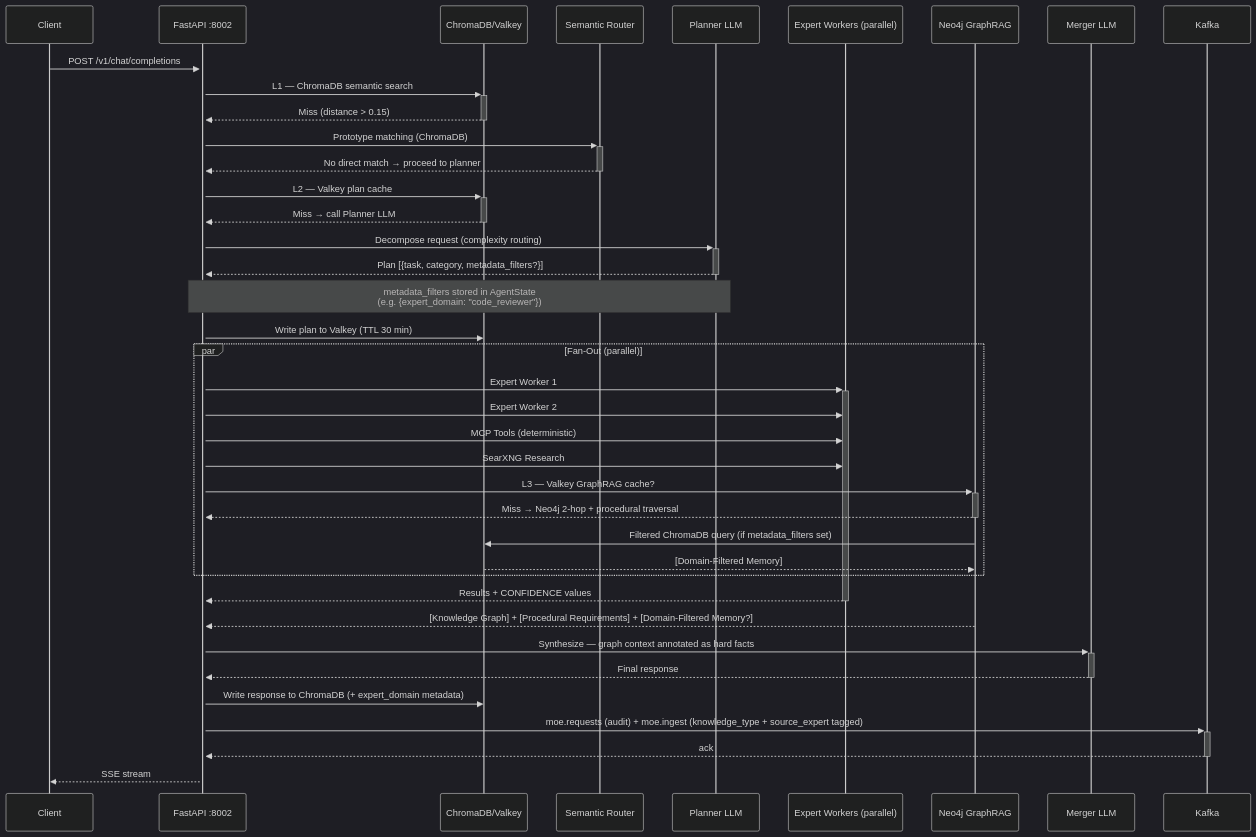
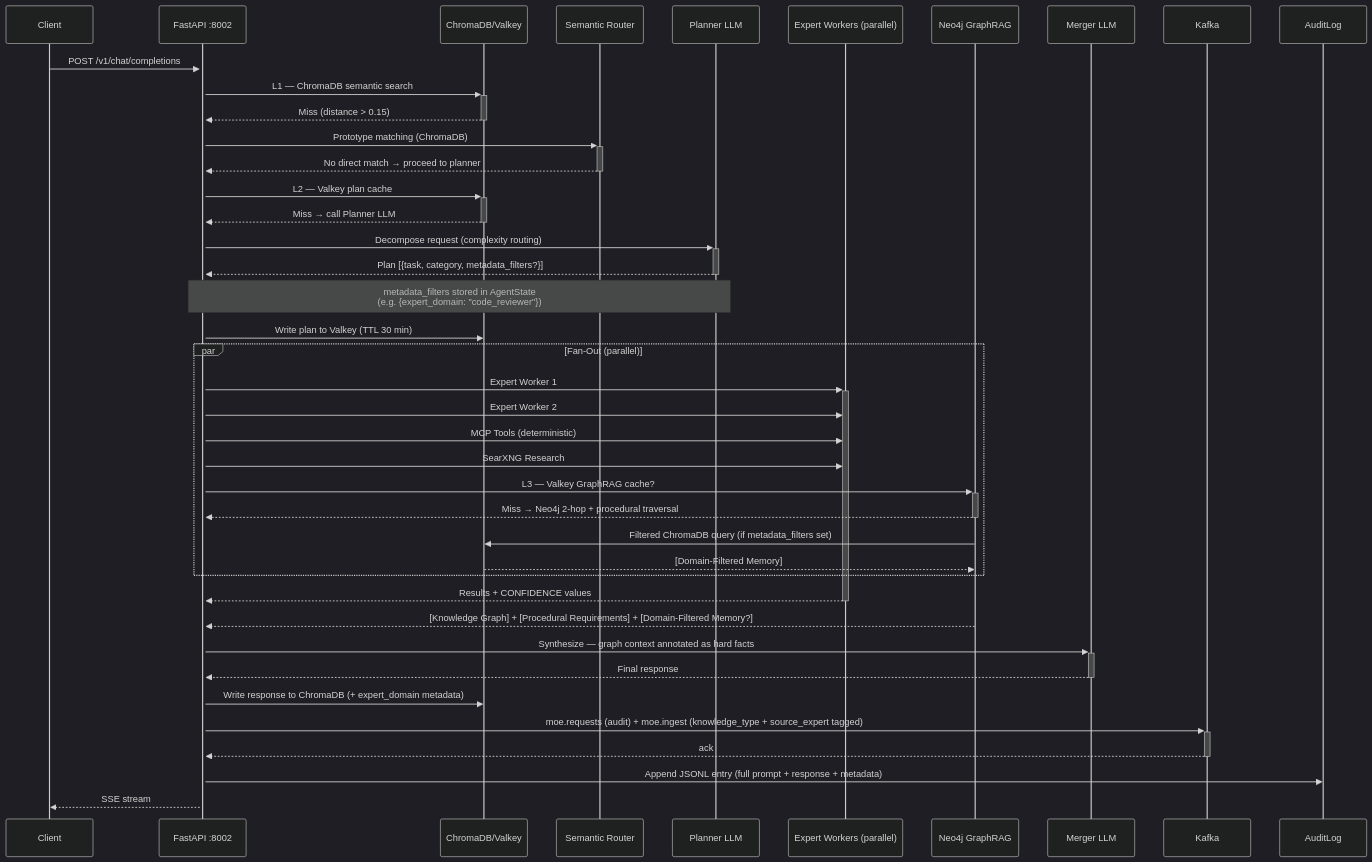
One commit to h3rb3rn/moe-sovereign changed the first of 9 diagrams in docs/system/dataflow.md. Above: the diagram before and after it, drawn with Mermaid (dark theme). The commit also changed other lines of this file and 18 other files, not shown here.

First line of the commit message:
feat: user conversation audit log with per-user retention and portal UI

````diff
--- a/docs/system/dataflow.md
+++ b/docs/system/dataflow.md
@@ -5,47 +5,48 @@
 ```mermaid
 sequenceDiagram
     participant Client
     participant API as FastAPI :8002
     participant Cache as ChromaDB/Valkey
     participant Router as Semantic Router
     participant Planner as Planner LLM
     participant Experts as Expert Workers (parallel)
     participant Graph as Neo4j GraphRAG
     participant Merger as Merger LLM
     participant Kafka
 
     Client->>+API: POST /v1/chat/completions
     API->>+Cache: L1 — ChromaDB semantic search
     Cache-->>-API: Miss (distance > 0.15)
 
     API->>+Router: Prototype matching (ChromaDB)
     Router-->>-API: No direct match → proceed to planner
 
     API->>+Cache: L2 — Valkey plan cache
     Cache-->>-API: Miss → call Planner LLM
     API->>+Planner: Decompose request (complexity routing)
     Planner-->>-API: Plan [{task, category, metadata_filters?}]
     Note over Planner,API: metadata_filters stored in AgentState<br/>(e.g. {expert_domain: "code_reviewer"})
     API->>Cache: Write plan to Valkey (TTL 30 min)
 
     par Fan-Out (parallel)
         API->>+Experts: Expert Worker 1
         API->>Experts: Expert Worker 2
         API->>Experts: MCP Tools (deterministic)
         API->>Experts: SearXNG Research
         API->>+Graph: L3 — Valkey GraphRAG cache?
         Graph-->>-API: Miss → Neo4j 2-hop + procedural traversal
         Graph->>Cache: Filtered ChromaDB query (if metadata_filters set)
         Cache-->>Graph: [Domain-Filtered Memory]
     end
     Experts-->>-API: Results + CONFIDENCE values
     Graph-->>API: [Knowledge Graph] + [Procedural Requirements] + [Domain-Filtered Memory?]
 
     API->>+Merger: Synthesize — graph context annotated as hard facts
     Merger-->>-API: Final response
 
     API->>Cache: Write response to ChromaDB (+ expert_domain metadata)
     API->>+Kafka: moe.requests (audit) + moe.ingest (knowledge_type + source_expert tagged)
     Kafka-->>-API: ack
+    API->>AuditLog: Append JSONL entry (full prompt + response + metadata)
     API-->>Client: SSE stream
 ```
````
